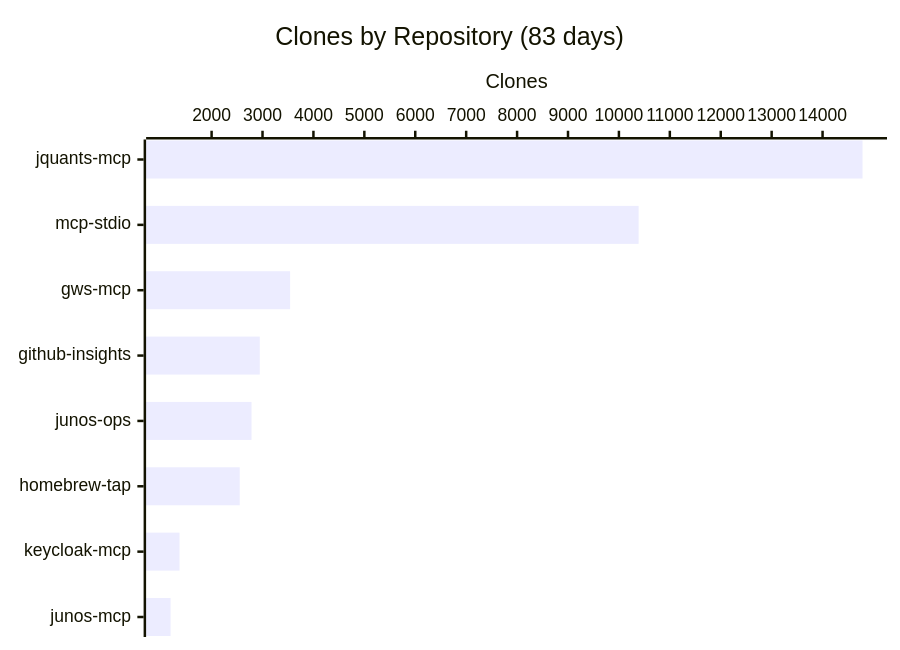
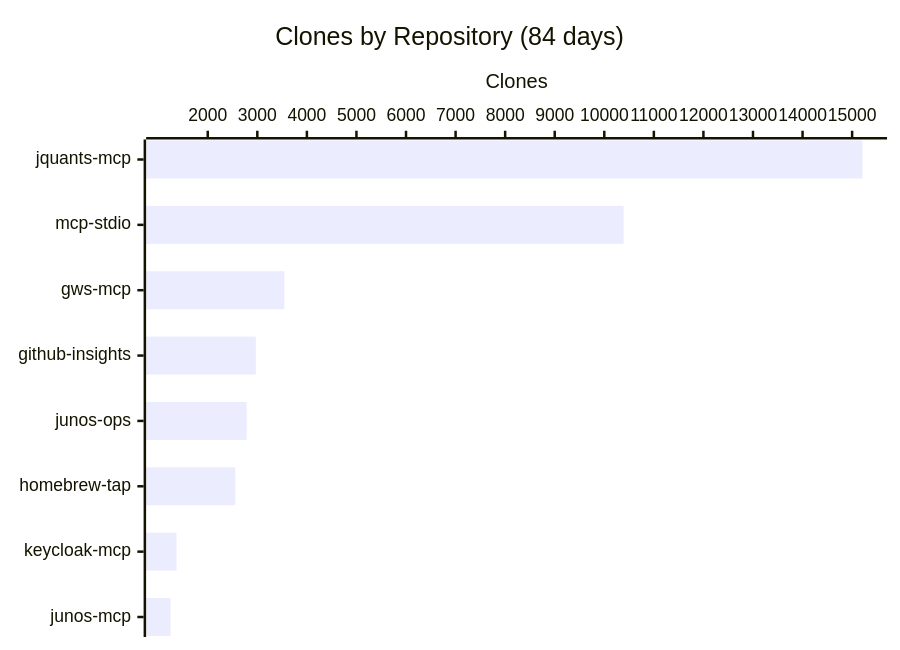
The third of 3 diagrams in README.md (shigechika/github-insights), drawn with Mermaid before and after one commit. The commit also changed other lines of this file and 2 other files, not shown here.

````diff
--- a/README.md
+++ b/README.md
@@ -43,7 +43,7 @@
 ```mermaid
 xychart-beta horizontal
-    title "Clones by Repository (83 days)"
+    title "Clones by Repository (84 days)"
     x-axis ["jquants-mcp", "mcp-stdio", "gws-mcp", "github-insights", "junos-ops", "homebrew-tap", "keycloak-mcp", "junos-mcp"]
     y-axis "Clones"
-    bar [14785, 10387, 3542, 2946, 2784, 2552, 1370, 1194]
+    bar [15210, 10390, 3546, 2971, 2785, 2554, 1371, 1250]
 ```
````
